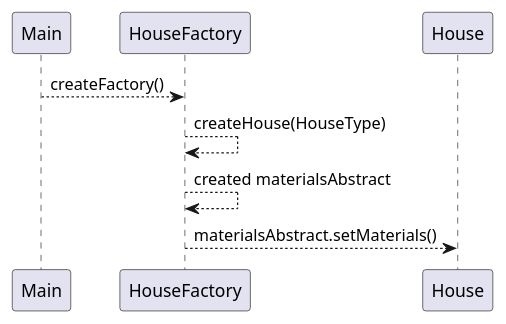
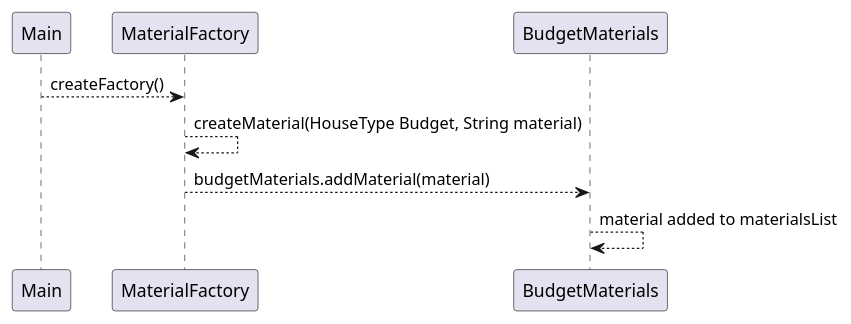
One commit to ktvcv/PracticeOfPatterns changed the diagram in src/dss/Houses/House/uml/sequence.puml. Above: the diagram before and after it, drawn with PlantUML. The commit also changed 25 other files, not shown here.

```diff
--- a/src/dss/Houses/House/uml/sequence.puml
+++ b/src/dss/Houses/House/uml/sequence.puml
@@ -1,8 +1,8 @@
 @startuml
-Main --> HouseFactory: createFactory()
-HouseFactory --> HouseFactory: createHouse(HouseType)
-HouseFactory --> HouseFactory: created materialsAbstract
-HouseFactory --> House: materialsAbstract.setMaterials()
+Main --> MaterialFactory: createFactory()
+MaterialFactory --> MaterialFactory: createMaterial(HouseType Budget, String material)
+MaterialFactory --> BudgetMaterials: budgetMaterials.addMaterial(material)
+BudgetMaterials --> BudgetMaterials: material added to materialsList
 
 
 @enduml
```
